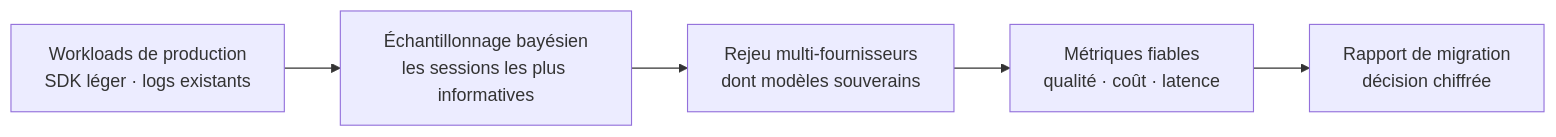
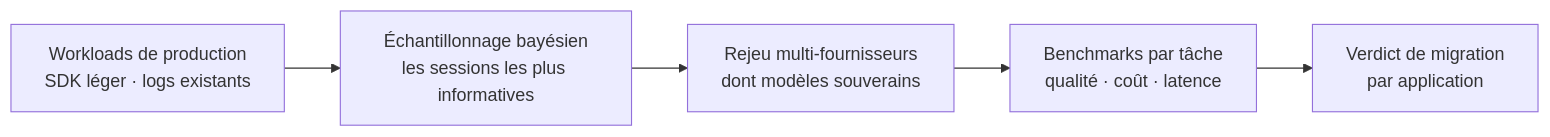
One commit to musa-solutions/titral changed the diagram in slides.md. Above: the diagram before and after it, drawn with Mermaid. The commit also changed other lines of this file, not shown here.

Commit message:
feat: slide 4 recentrée sur les 3 piliers — rejeu de production, échantillonnage OED, benchmarks par tâche

````diff
--- a/slides.md
+++ b/slides.md
@@ -149,7 +149,7 @@
 ```mermaid {theme:'base', themeVariables:{primaryColor:'#0a0a0b', primaryTextColor:'#fafafa', primaryBorderColor:'#3f3f46', lineColor:'#71717a', secondaryColor:'#111113', tertiaryColor:'#09090b', mainBkg:'#0a0a0b', nodeBorder:'#3f3f46', clusterBkg:'#000000', edgeLabelBackground:'#000000', fontSize:'16px'}}
 flowchart LR
   W[Workloads de production<br/>SDK léger · logs existants] --> S[Échantillonnage bayésien<br/>les sessions les plus informatives]
   S --> R[Rejeu multi-fournisseurs<br/>dont modèles souverains]
-  R --> M[Métriques fiables<br/>qualité · coût · latence]
-  M --> P[Rapport de migration<br/>décision chiffrée]
+  R --> M[Benchmarks par tâche<br/>qualité · coût · latence]
+  M --> P[Verdict de migration<br/>par application]
 ```
````
